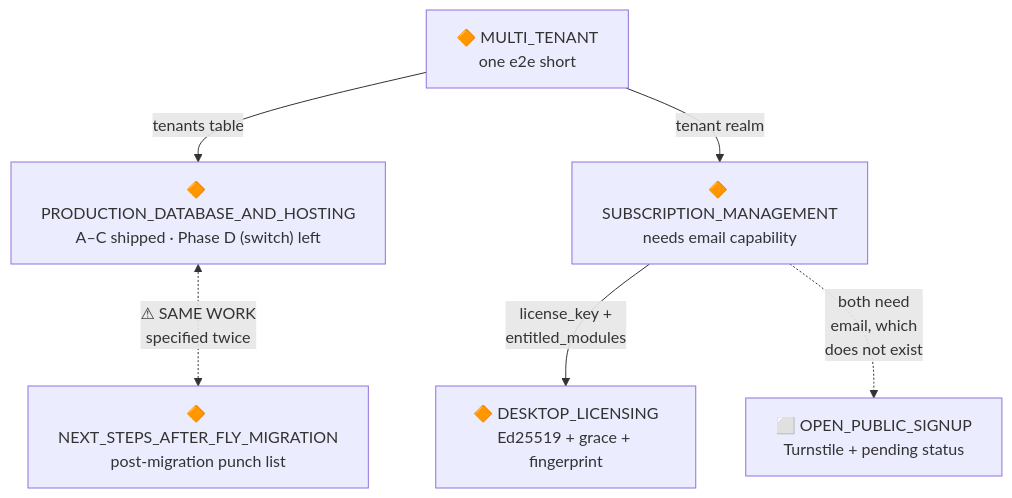
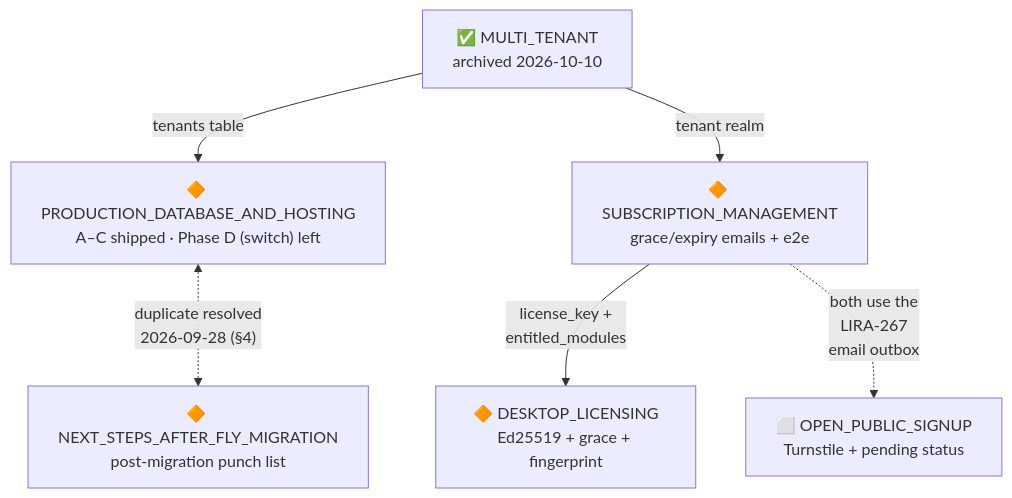
One commit to amirelhalabi/Liratek changed the second of 4 diagrams in docs/plans/ongoing_plans/PLAN_OVERVIEW.md. Above: the diagram before and after it, drawn with Mermaid. The commit also changed other lines of this file and 11 other files, not shown here.

````diff
--- a/docs/plans/ongoing_plans/PLAN_OVERVIEW.md
+++ b/docs/plans/ongoing_plans/PLAN_OVERVIEW.md
@@ -256,15 +248,15 @@
 ```mermaid
 graph TD
-  MT["🔶 MULTI_TENANT<br/>one e2e short"]
+  MT["✅ MULTI_TENANT<br/>archived 2026-10-10"]
   PDH["🔶 PRODUCTION_DATABASE_AND_HOSTING<br/>A–C shipped · Phase D (switch) left"]
   NSF["🔶 NEXT_STEPS_AFTER_FLY_MIGRATION<br/>post-migration punch list"]
-  SUB["🔶 SUBSCRIPTION_MANAGEMENT<br/>needs email capability"]
+  SUB["🔶 SUBSCRIPTION_MANAGEMENT<br/>grace/expiry emails + e2e"]
   LIC["🔶 DESKTOP_LICENSING<br/>Ed25519 + grace + fingerprint"]
   OPEN["⬜ OPEN_PUBLIC_SIGNUP<br/>Turnstile + pending status"]
 
   MT -->|"tenants table"| PDH
   MT -->|"tenant realm"| SUB
   SUB -->|"license_key +<br/>entitled_modules"| LIC
-  SUB -.->|"both need<br/>email, which<br/>does not exist"| OPEN
-  PDH <-.->|"⚠ SAME WORK<br/>specified twice"| NSF
+  SUB -.->|"both use the<br/>LIRA-267<br/>email outbox"| OPEN
+  PDH <-.->|"duplicate resolved<br/>2026-09-28 (§4)"| NSF
 ```
````
